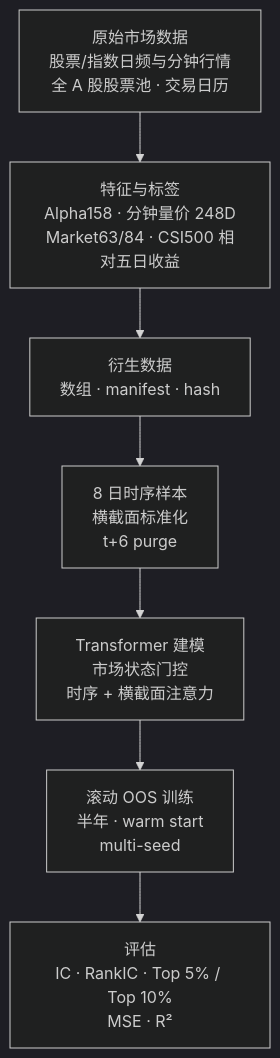
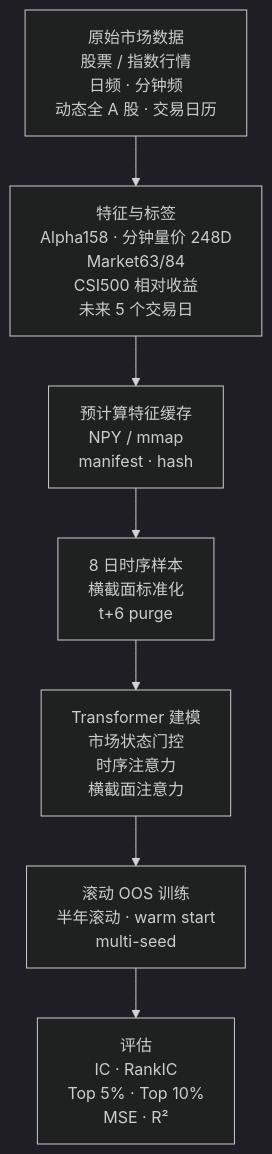
One commit to whrit/end-to-end-stock-transformer changed the diagram in README.zh-CN.md. Above: the diagram before and after it, drawn with Mermaid (dark theme). The commit also changed other lines of this file and 1 other file, not shown here.

Commit message:
Fix README pipeline diagram rendering

````diff
--- a/README.zh-CN.md
+++ b/README.zh-CN.md
@@ -22,11 +22,18 @@
 ```mermaid
 flowchart TD
-    A["原始市场数据<br/>股票/指数日频与分钟行情<br/>全 A 股股票池 · 交易日历"]
-    B["特征与标签<br/>Alpha158 · 分钟量价 248D<br/>Market63/84 · CSI500 相对五日收益"]
-    C["衍生数据<br/>数组 · manifest · hash"]
+    A["原始市场数据<br/>股票 / 指数行情<br/>日频 · 分钟频<br/>动态全 A 股 · 交易日历"]
+
+    B["特征与标签<br/>Alpha158 · 分钟量价 248D<br/>Market63/84<br/>CSI500 相对收益<br/>未来 5 个交易日"]
+
+    C["预计算特征缓存<br/>NPY / mmap<br/>manifest · hash"]
+
     D["8 日时序样本<br/>横截面标准化<br/>t+6 purge"]
-    E["Transformer 建模<br/>市场状态门控<br/>时序 + 横截面注意力"]
-    F["滚动 OOS 训练<br/>半年 · warm start<br/>multi-seed"]
-    G["评估<br/>IC · RankIC · Top 5% / Top 10%<br/>MSE · R²"]
+
+    E["Transformer 建模<br/>市场状态门控<br/>时序注意力<br/>横截面注意力"]
+
+    F["滚动 OOS 训练<br/>半年滚动 · warm start<br/>multi-seed"]
+
+    G["评估<br/>IC · RankIC<br/>Top 5% · Top 10%<br/>MSE · R²"]
+
     A --> B --> C --> D --> E --> F --> G
 ```
````
